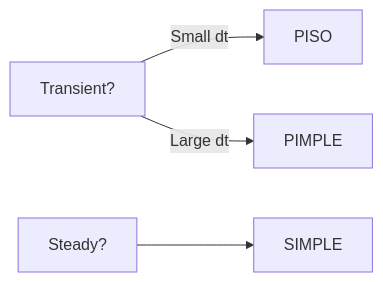
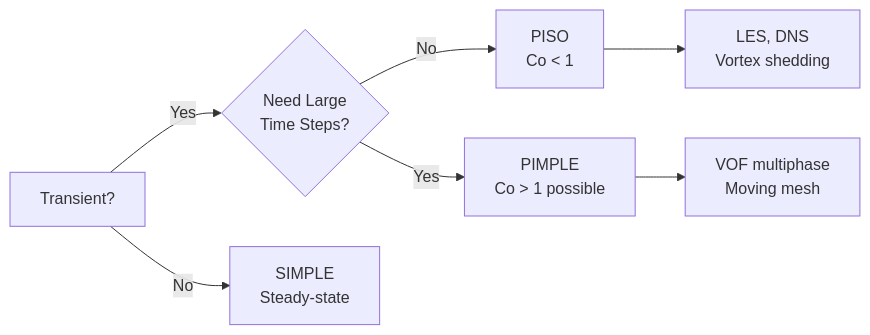
Before and after one commit to wramet/build-my-cfd: the first of 3 diagrams in MODULE_03_SINGLE_PHASE_FLOW/CONTENT/02_PRESSURE_VELOCITY_COUPLING/03_PISO_and_PIMPLE_Algorithms.md, drawn with Mermaid. The commit also changed other lines of this file and 54 other files, not shown here.

````diff
--- a/MODULE_03_SINGLE_PHASE_FLOW/CONTENT/02_PRESSURE_VELOCITY_COUPLING/03_PISO_and_PIMPLE_Algorithms.md
+++ b/MODULE_03_SINGLE_PHASE_FLOW/CONTENT/02_PRESSURE_VELOCITY_COUPLING/03_PISO_and_PIMPLE_Algorithms.md
@@ -14,6 +39,10 @@
 ```mermaid
 flowchart LR
-    A[Transient?] -->|Small dt| B[PISO]
-    A -->|Large dt| C[PIMPLE]
-    D[Steady?] --> E[SIMPLE]
+    A[Transient?] -->|Yes| B{Need Large<br/>Time Steps?}
+    B -->|No| C[PISO<br/>Co < 1]
+    B -->|Yes| D[PIMPLE<br/>Co > 1 possible]
+    A -->|No| E[SIMPLE<br/>Steady-state]
+    
+    C --> F[LES, DNS<br/>Vortex shedding]
+    D --> G[VOF multiphase<br/>Moving mesh]
 ```
````
